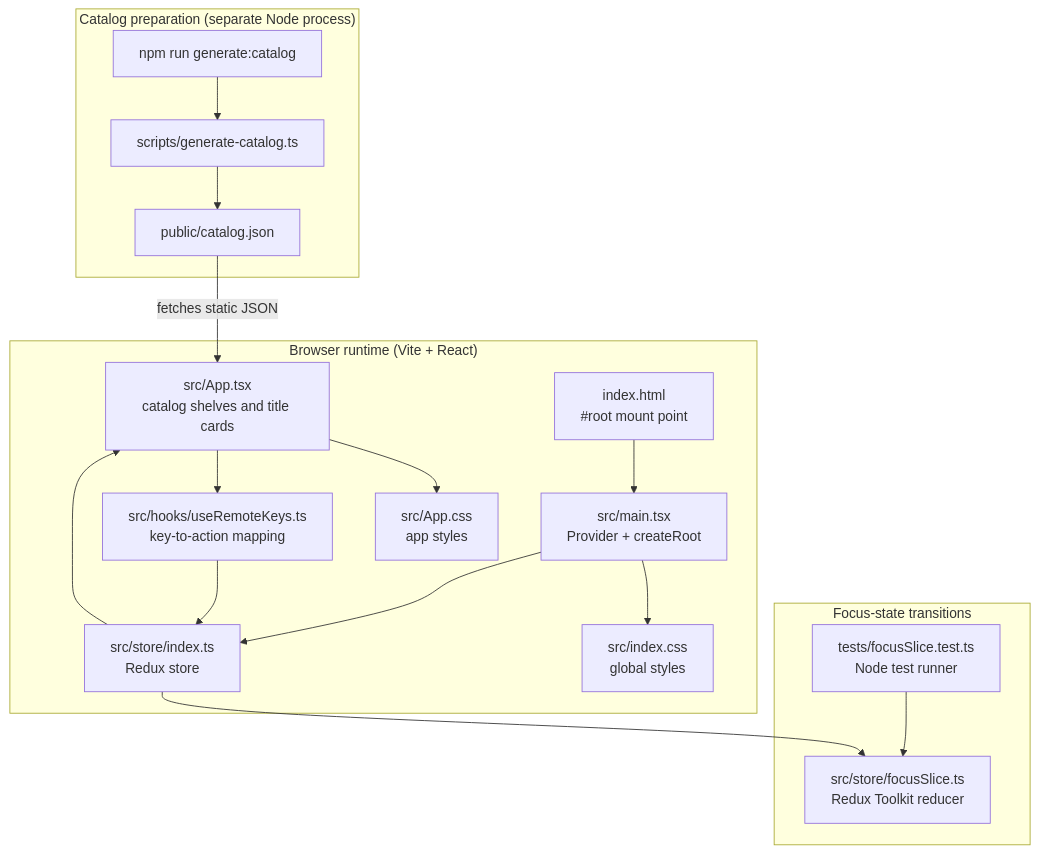
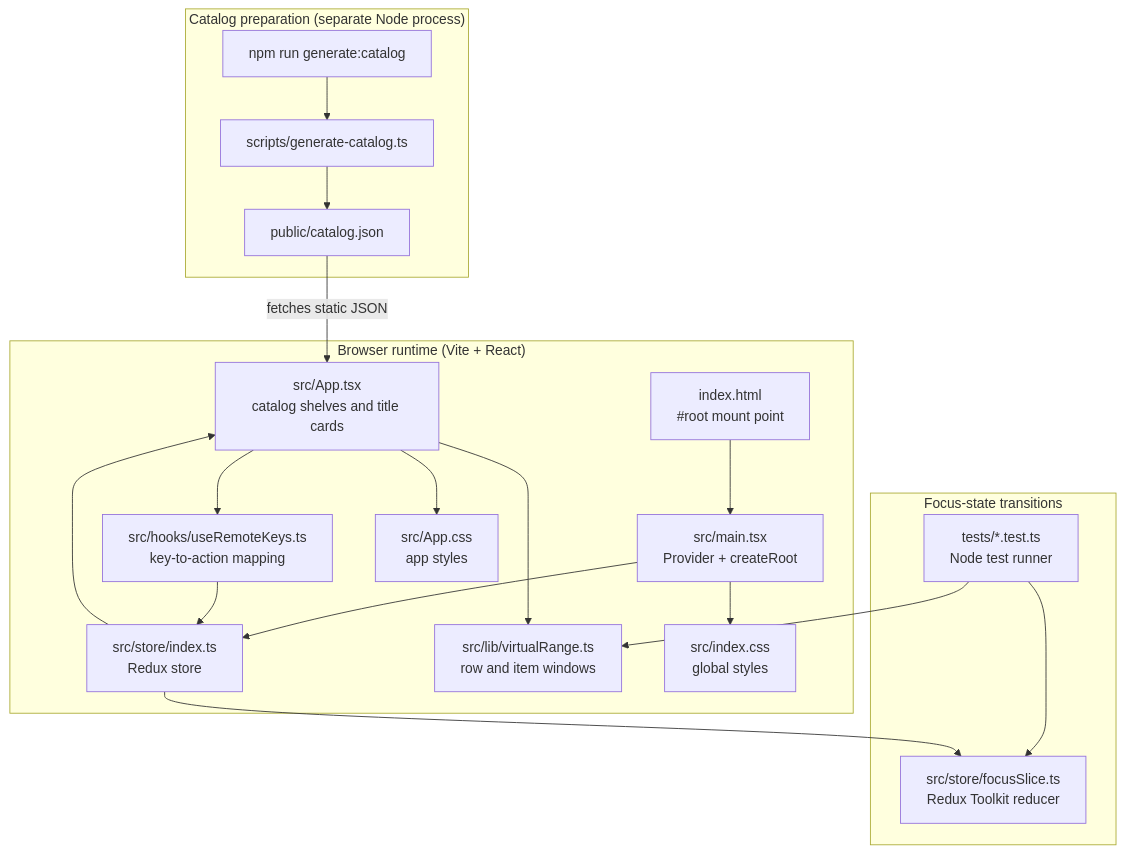
One commit to sumitjangid/TV-UI-Perf-Lab changed the diagram in docs/architecture.md. Above: the diagram before and after it, drawn with Mermaid. The commit also changed other lines of this file and 10 other files, not shown here.

````diff
--- a/docs/architecture.md
+++ b/docs/architecture.md
@@ -16,24 +16,26 @@
 ```mermaid
 flowchart TB
   subgraph catalog["Catalog preparation (separate Node process)"]
     command["npm run generate:catalog"] --> generator["scripts/generate-catalog.ts"]
     generator --> data["public/catalog.json"]
   end
 
   subgraph browser["Browser runtime (Vite + React)"]
     html["index.html<br/>#root mount point"] --> entry["src/main.tsx<br/>Provider + createRoot"]
     entry --> store["src/store/index.ts<br/>Redux store"]
     store --> app["src/App.tsx<br/>catalog shelves and title cards"]
+    app --> ranges["src/lib/virtualRange.ts<br/>row and item windows"]
     app --> keys["src/hooks/useRemoteKeys.ts<br/>key-to-action mapping"]
     keys --> store
     entry --> globalStyles["src/index.css<br/>global styles"]
     app --> appStyles["src/App.css<br/>app styles"]
   end
 
   subgraph focusModel["Focus-state transitions"]
-    tests["tests/focusSlice.test.ts<br/>Node test runner"] --> reducer["src/store/focusSlice.ts<br/>Redux Toolkit reducer"]
+    tests["tests/*.test.ts<br/>Node test runner"] --> reducer["src/store/focusSlice.ts<br/>Redux Toolkit reducer"]
+    tests --> ranges
     store --> reducer
   end
 
   data -->|"fetches static JSON"| app
 ```
````
